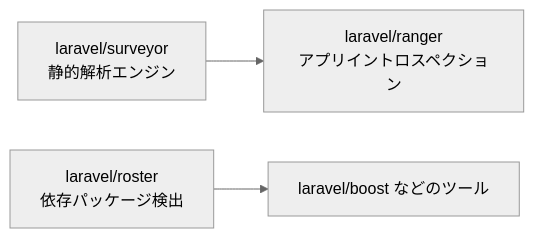
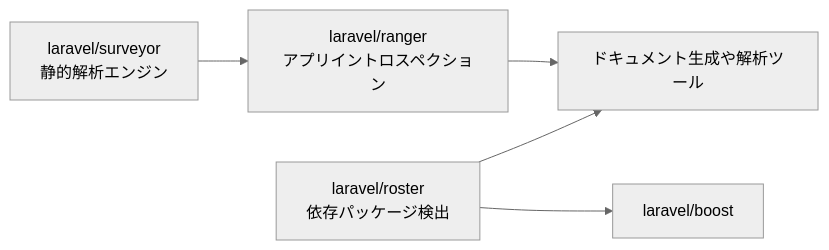
One commit to kawax/mintlify-docs changed the diagram in jp/blog/roster-ranger-surveyor.mdx. Above: the diagram before and after it, drawn with Mermaid (neutral theme). The commit also changed other lines of this file, not shown here.

First line of the commit message:
Refine roster-ranger-surveyor report content and examples

````diff
--- a/jp/blog/roster-ranger-surveyor.mdx
+++ b/jp/blog/roster-ranger-surveyor.mdx
@@ -16,5 +16,7 @@
 ```mermaid
 graph LR
     A["laravel/surveyor<br>静的解析エンジン"] --> B["laravel/ranger<br>アプリイントロスペクション"]
-    C["laravel/roster<br>依存パッケージ検出"] --> D["laravel/boost などのツール"]
+    B --> D["ドキュメント生成や解析ツール"]
+    C["laravel/roster<br>依存パッケージ検出"] --> D
+    C --> E["laravel/boost"]
 ```
````
